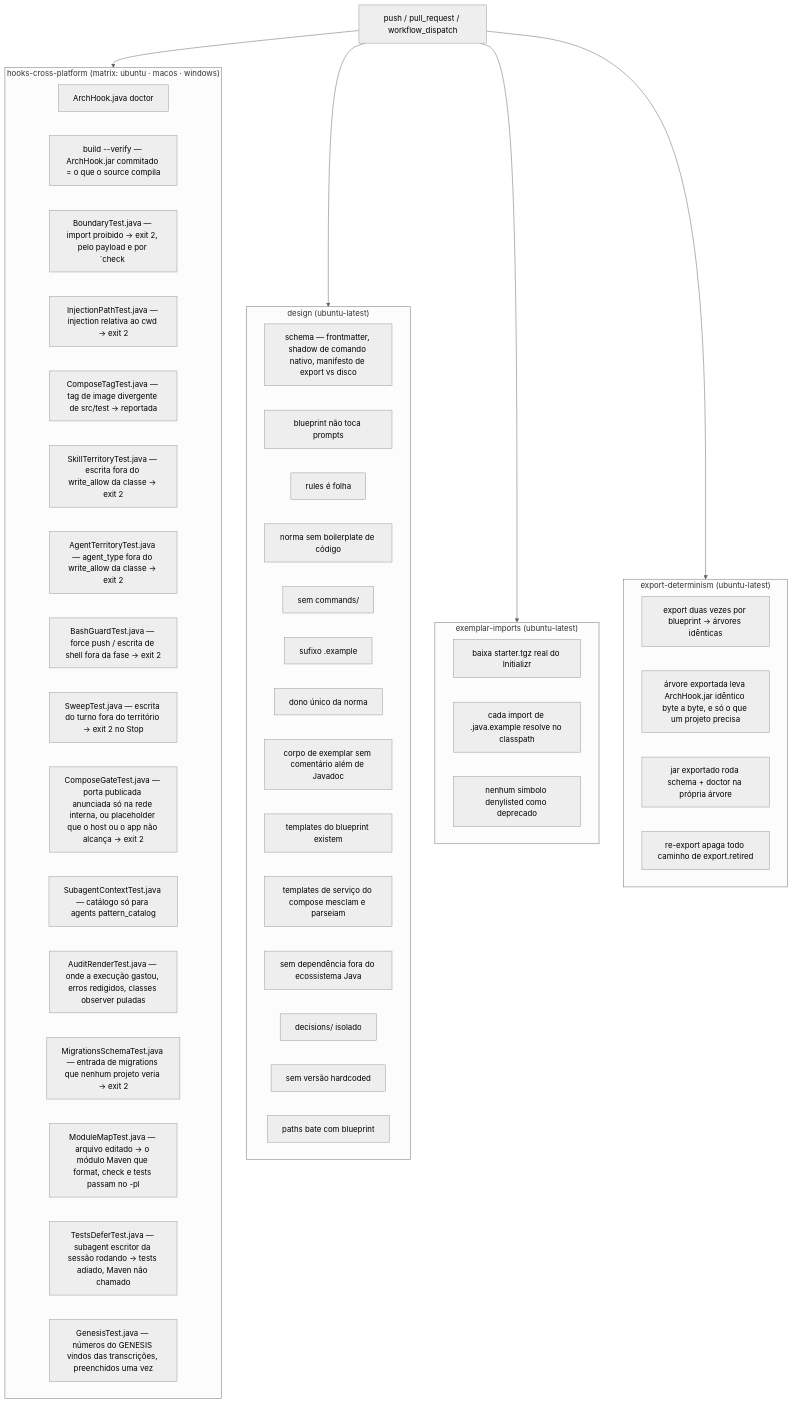
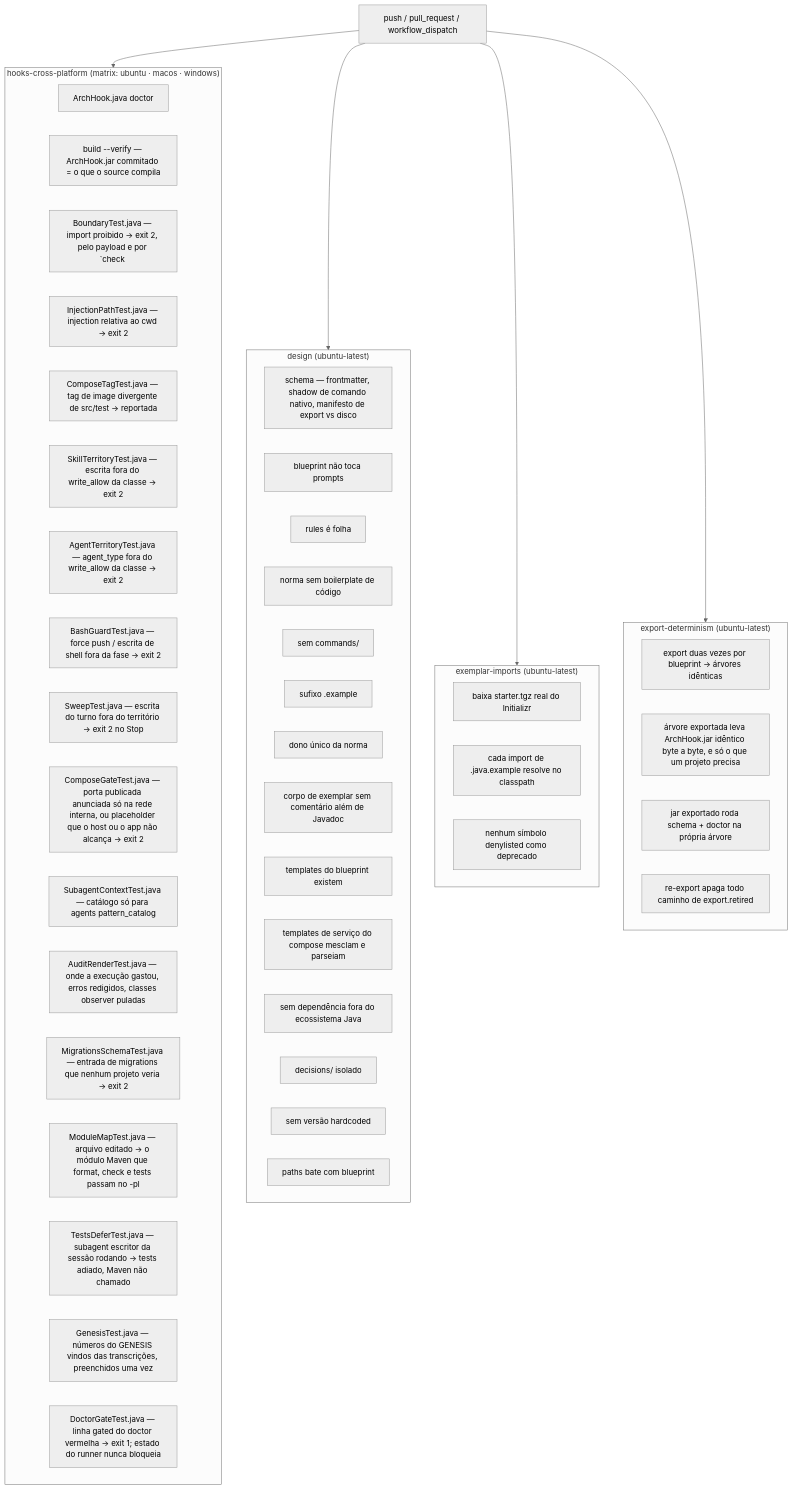
Before and after one commit to ice-lfernandes/claude-spring-architect: the diagram in docs/pt-br/07-ci-validate.md, drawn with Mermaid (neutral theme). The commit also changed other lines of this file and 13 other files, not shown here.

````diff
--- a/docs/pt-br/07-ci-validate.md
+++ b/docs/pt-br/07-ci-validate.md
@@ -17,57 +17,58 @@
 ```mermaid
 flowchart TD
     T[push / pull_request / workflow_dispatch] --> J1
     T --> J2
     T --> J3
     T --> J4
 
     subgraph J1["hooks-cross-platform (matrix: ubuntu · macos · windows)"]
         H1[ArchHook.java doctor]
         H0[build --verify — ArchHook.jar commitado = o que o source compila]
         H2[BoundaryTest.java — import proibido → exit 2, pelo payload e por `check <path>`]
         H3[InjectionPathTest.java — injection relativa ao cwd → exit 2]
         H4[ComposeTagTest.java — tag de image divergente de src/test → reportada]
         H5[SkillTerritoryTest.java — escrita fora do write_allow da classe → exit 2]
         H6[AgentTerritoryTest.java — agent_type fora do write_allow da classe → exit 2]
         H7[BashGuardTest.java — force push / escrita de shell fora da fase → exit 2]
         H8[SweepTest.java — escrita do turno fora do território → exit 2 no Stop]
         H9[ComposeGateTest.java — porta publicada anunciada só na rede interna, ou placeholder que o host ou o app não alcança → exit 2]
         H10[SubagentContextTest.java — catálogo só para agents pattern_catalog]
         H11[AuditRenderTest.java — onde a execução gastou, erros redigidos, classes observer puladas]
         H12[MigrationsSchemaTest.java — entrada de migrations que nenhum projeto veria → exit 2]
         H13[ModuleMapTest.java — arquivo editado → o módulo Maven que format, check e tests passam no -pl]
         H14[TestsDeferTest.java — subagent escritor da sessão rodando → tests adiado, Maven não chamado]
         H15[GenesisTest.java — números do GENESIS vindos das transcrições, preenchidos uma vez]
+        H16[DoctorGateTest.java — linha gated do doctor vermelha → exit 1; estado do runner nunca bloqueia]
     end
 
     subgraph J2["design (ubuntu-latest)"]
         D1[schema — frontmatter, shadow de comando nativo, manifesto de export vs disco]
         D4[blueprint não toca prompts]
         D5[rules é folha]
         D6[norma sem boilerplate de código]
         D7[sem commands/]
         D8[sufixo .example]
         D10[XmlTemplatesTest.java — todo *.xml.example faz parse]
         D16[corpo de exemplar sem comentário além de Javadoc]
         D9[templates do blueprint existem]
         D10[dono único da norma]
         D15[templates de serviço do compose mesclam e parseiam]
         D11[sem dependência fora do ecossistema Java]
         D12[decisions/ isolado]
         D13[sem versão hardcoded]
         D14[paths bate com blueprint]
     end
 
     subgraph J3["exemplar-imports (ubuntu-latest)"]
         E1[baixa starter.tgz real do Initializr]
         E2[cada import de .java.example resolve no classpath]
         E3[nenhum símbolo denylisted como deprecado]
     end
 
     subgraph J4["export-determinism (ubuntu-latest)"]
         X1[export duas vezes por blueprint → árvores idênticas]
         X2[árvore exportada leva ArchHook.jar idêntico byte a byte, e só o que um projeto precisa]
         X3[jar exportado roda schema + doctor na própria árvore]
         X4[re-export apaga todo caminho de export.retired]
     end
 ```
````
